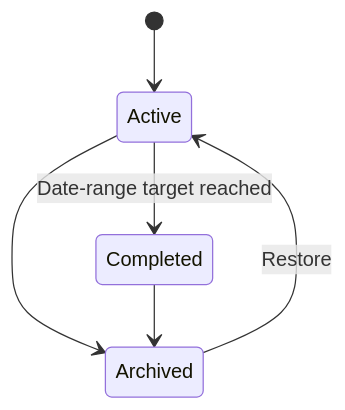
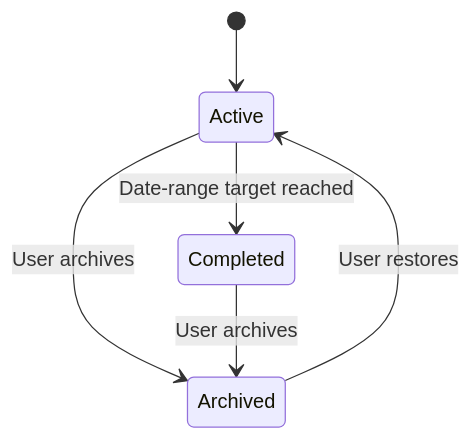
Before and after one commit to puneeee/promise-tracker: the diagram in docs/chapter3/03_Promise_Engine.md, drawn with Mermaid. The commit also changed other lines of this file and 2 other files, not shown here.

````diff
--- a/docs/chapter3/03_Promise_Engine.md
+++ b/docs/chapter3/03_Promise_Engine.md
@@ -149,8 +71,8 @@
 ```mermaid
 stateDiagram-v2
     [*] --> Active
     Active --> Completed: Date-range target reached
-    Active --> Archived
-    Completed --> Archived
-    Archived --> Active: Restore
+    Active --> Archived: User archives
+    Completed --> Archived: User archives
+    Archived --> Active: User restores
 ```
````
